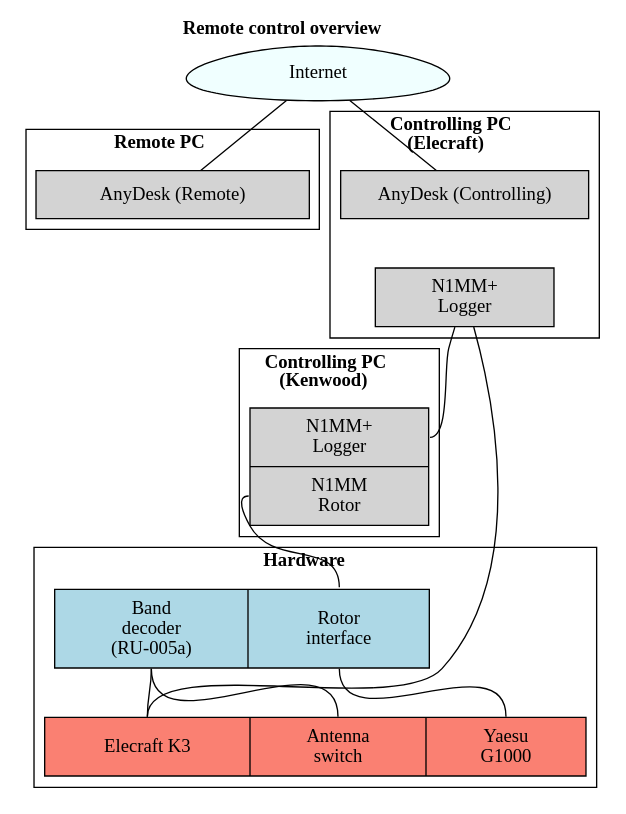
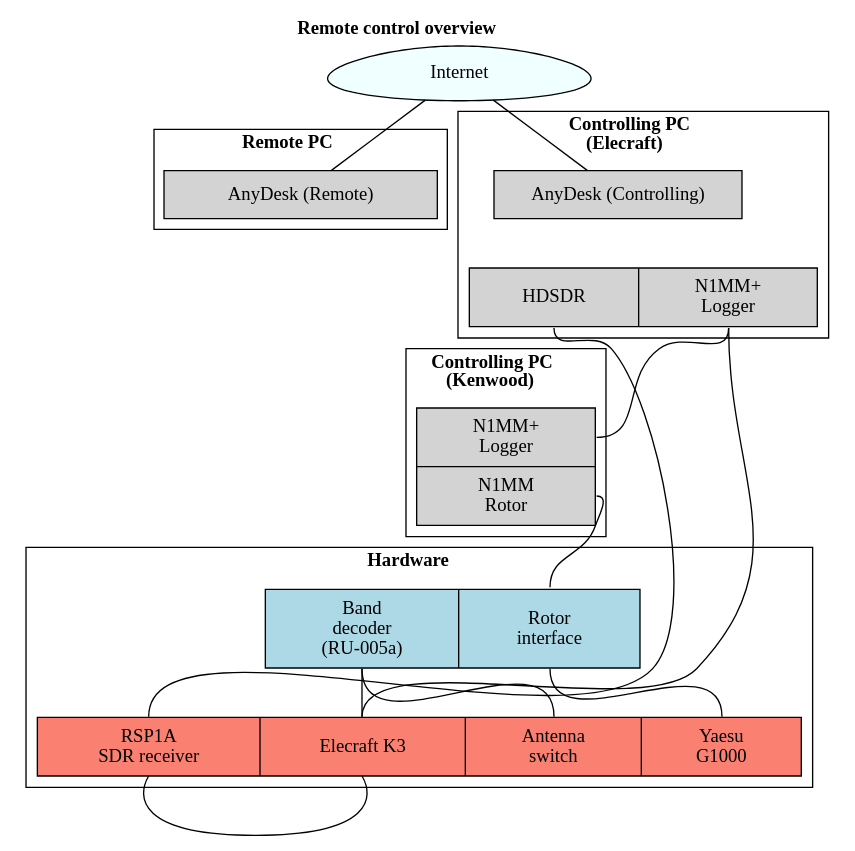
Before and after one commit to isemichastnov/hamradio: the diagram in rk5d-remote/elecraft/gv/sw.gv, drawn with Graphviz. The commit also changed 4 other files, not shown here.

Commit message:
updated RK5D readme: added RSP1A to elecraft setup

```diff
--- a/rk5d-remote/elecraft/gv/sw.gv
+++ b/rk5d-remote/elecraft/gv/sw.gv
@@ -1,63 +1,65 @@
 digraph Arch {
     node [style = filled, shape = rect, margin = "0.5,0.1"]
     edge [arrowhead = none]
 
     labelloc = top
     label = <<b>Remote control overview</b>>
 
     Internet [shape = egg, style = filled, fillcolor = azure]
 
     subgraph cluster0 {
     labeljust = c;
     label = < <B>Remote PC</B> >;
     anyDeskRemote [label = "AnyDesk (Remote)", fontstyle = bold]
     //TODO: add sound mapping
     }
 
     subgraph cluster1 {
     labeljust = c;
     node [style = filled, shape = rect, margin = "0.5,0.1"]
     edge [arrowhead = none]
     label = < <b>Controlling PC<br/> (Elecraft)</b> >
 
     anyDeskControl [shape = record,label = "{AnyDesk (Controlling)}",margin = "0.2,0.1"];
-    software [shape = record, label = "<n1mm> N1MM+\nLogger"]
+    software [shape = record, label = "<hdsdr> HDSDR | <n1mm> N1MM+\nLogger"]
 //    microhamDeviceMapper [label = "Microham Device\nMapper"]
 
     anyDeskControl -> software [penwidth = 0]
     }
 
     subgraph cluster3 {
     labeljust = c;
     node [style = filled, shape = rect, margin = "0.5,0.1"]
     edge [arrowhead = none]
     label = < <b>Controlling PC<br/>(Kenwood)</b> >
 
-    kenwoodSoftware [shape = record, label = "{{<n1mm> N1MM+\nLogger} | {<n1mmRotor>N1MM\nRotor}}"]
+    kenwoodSoftware [shape = record, label = "{<n1mm> N1MM+\nLogger | <n1mmRotor>N1MM\nRotor}"]
     }
 
     subgraph cluster2 {
     node [style = filled, shape = rect, margin = "0.5,0.1"]
     edge [arrowhead = none]
     labeljust = c
     label = < <b>Hardware</b> >
 
     controllingHardware [shape = record, fillcolor = lightblue, label = "<ru005> Band\ndecoder\n(RU-005a) | <rotorInterface> Rotor\ninterface"]
-    radioHardware [shape = record, fillcolor = salmon, label = "<trx> Elecraft K3 | <antSwitch> Antenna\nswitch | <rotor> Yaesu\nG1000"]
+    radioHardware [shape = record, fillcolor = salmon, label = "<rsp> RSP1A\nSDR receiver | <trx> Elecraft K3 | <antSwitch> Antenna\nswitch | <rotor> Yaesu\nG1000"]
 
     controllingHardware: ru005 -> radioHardware: antSwitch
     controllingHardware: rotorInterface -> radioHardware: rotor
     }
 
     Internet -> anyDeskRemote
     Internet -> anyDeskControl
 
 
     software: n1mm -> radioHardware: trx
+    software: hdsdr -> radioHardware: rsp
     radioHardware:trx -> controllingHardware: ru005
+    radioHardware:trx:s -> radioHardware: rsp: s
 
-    kenwoodSoftware: n1mmRotor -> controllingHardware: rotorInterface
+    kenwoodSoftware: n1mmRotor: e -> controllingHardware: rotorInterface
 
     software: n1mm -> kenwoodSoftware: n1mm
 
 }
```
